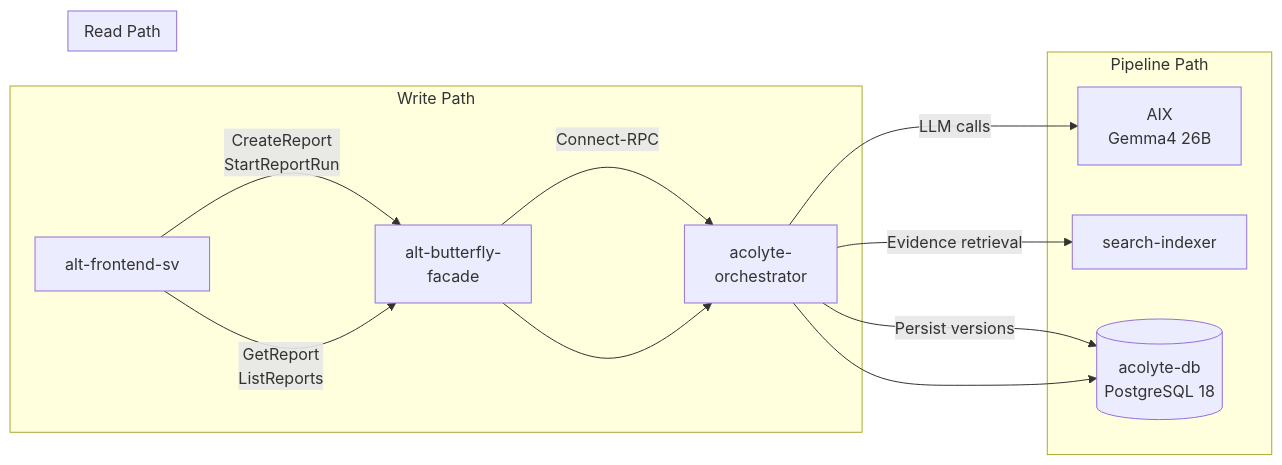
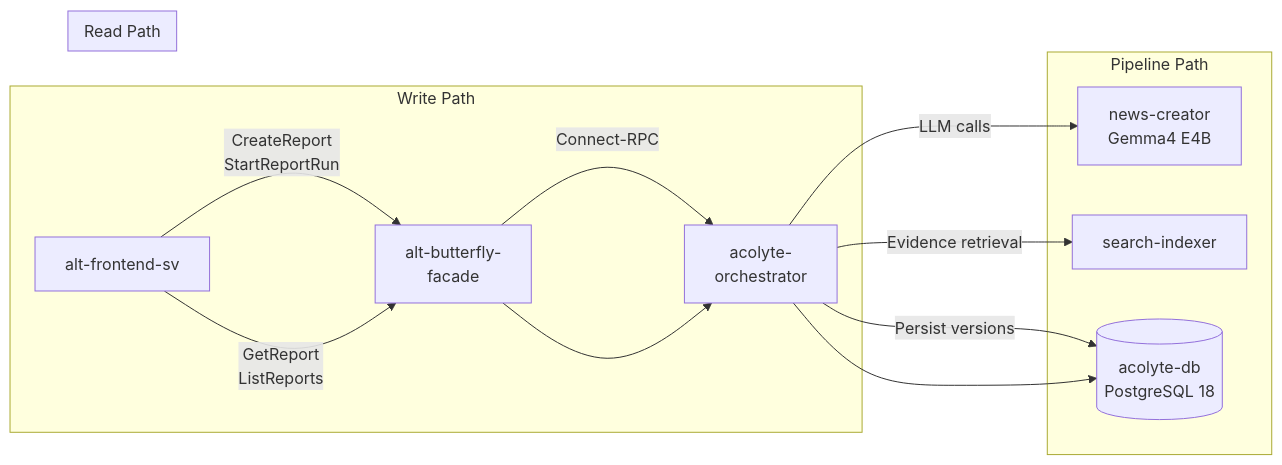
One commit to Kaikei-e/Alt changed the first of 2 diagrams in docs/features/acolyte/architecture.md. Above: the diagram before and after it, drawn with Mermaid. The commit also changed other lines of this file and 1 other file, not shown here.

Commit message:
refactor(acolyte): update architecture documentation to reflect model transition from AIX to news-creator
Revised the architecture documentation to replace references to the AIX model (Gemma4 26B) with the news-creator model (Gemma4 E4B). Updated descriptions in both architecture.md and README.md to clarify the local model usage and its implications for report generation. This change ensures accurate representation of the current system architecture and model configurations.

````diff
--- a/docs/features/acolyte/architecture.md
+++ b/docs/features/acolyte/architecture.md
@@ -49,19 +49,19 @@
 ```mermaid
 graph LR
   subgraph "Write Path"
     FE["alt-frontend-sv"] -->|CreateReport<br/>StartReportRun| BFF["alt-butterfly-<br/>facade"]
     BFF -->|Connect-RPC| AO["acolyte-<br/>orchestrator"]
   end
 
   subgraph "Pipeline Path"
-    AO --> |LLM calls| AIX["AIX<br/>Gemma4 26B"]
+    AO --> |LLM calls| NC["news-creator<br/>Gemma4 E4B"]
     AO --> |Evidence retrieval| SI["search-indexer"]
     AO --> |Persist versions| DB[("acolyte-db<br/>PostgreSQL 18")]
   end
 
   subgraph "Read Path"
     FE -->|GetReport<br/>ListReports| BFF
     BFF --> AO
     AO --> DB
   end
 ```
````
